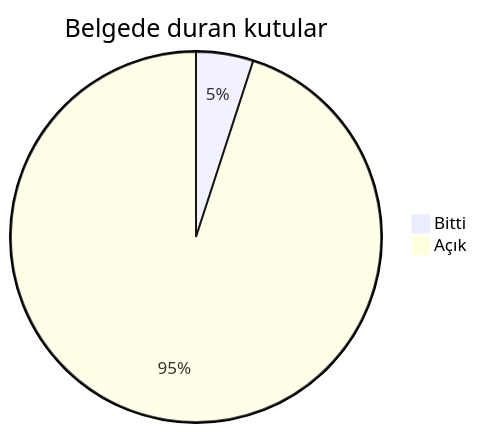
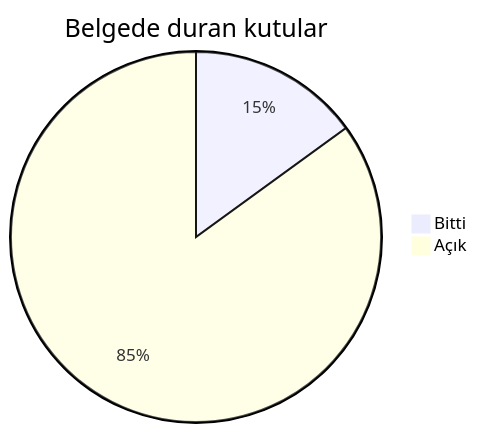
Before and after one commit to dogancanyildiz/kenet: the second of 3 diagrams in docs/roadmap.md, drawn with Mermaid. The commit also changed other lines of this file and 1 other file, not shown here.

````diff
--- a/docs/roadmap.md
+++ b/docs/roadmap.md
@@ -49,5 +50,5 @@
 ```mermaid
 pie title Belgede duran kutular
-    "Bitti" : 1
-    "Açık" : 19
+    "Bitti" : 3
+    "Açık" : 17
 ```
````
